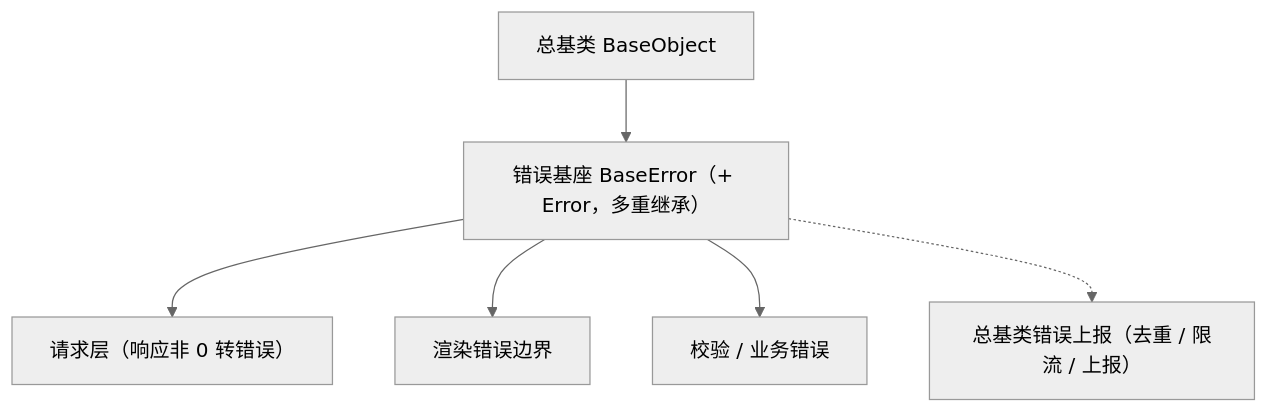
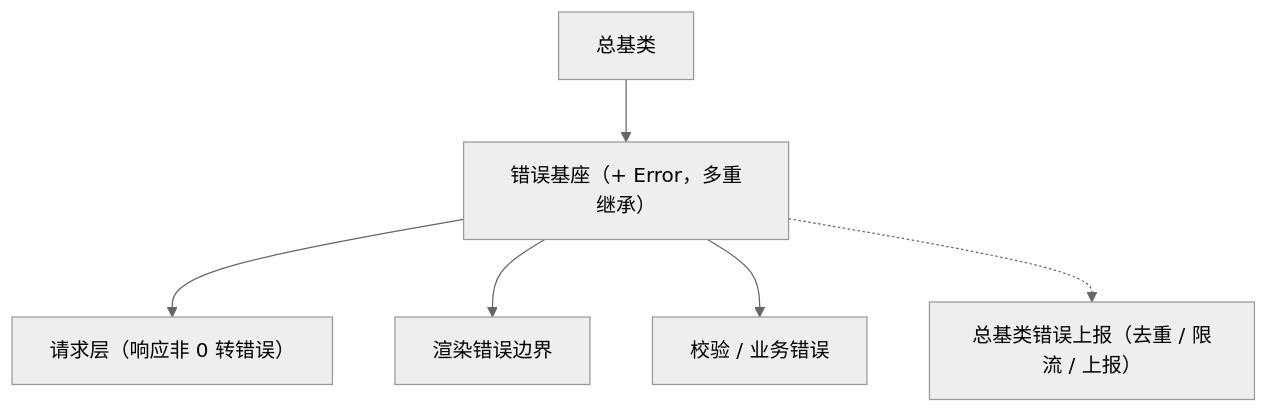
Before and after one commit to minjian123/basic-management-system: the diagram in bms文档/设计/组件设计/02_基础组件类/01_机制基类/07_组件设计_错误基类/07_组件设计_错误基类.md, drawn with Mermaid (neutral theme). The commit also changed other lines of this file and 108 other files, not shown here.

````diff
--- a/bms文档/设计/组件设计/02_基础组件类/01_机制基类/07_组件设计_错误基类/07_组件设计_错误基类.md
+++ b/bms文档/设计/组件设计/02_基础组件类/01_机制基类/07_组件设计_错误基类/07_组件设计_错误基类.md
@@ -16,8 +16,8 @@
 ```mermaid
 flowchart TD
-    OBJ["总基类 BaseObject"] --> ERR["错误基座 BaseError（+ Error，多重继承）"]
+    OBJ["总基类"] --> ERR["错误基座（+ Error，多重继承）"]
     ERR --> API["请求层（响应非 0 转错误）"]
     ERR --> BOUND["渲染错误边界"]
     ERR --> FORM["校验 / 业务错误"]
     ERR -.-> ROOT["总基类错误上报（去重 / 限流 / 上报）"]
 ```
````
